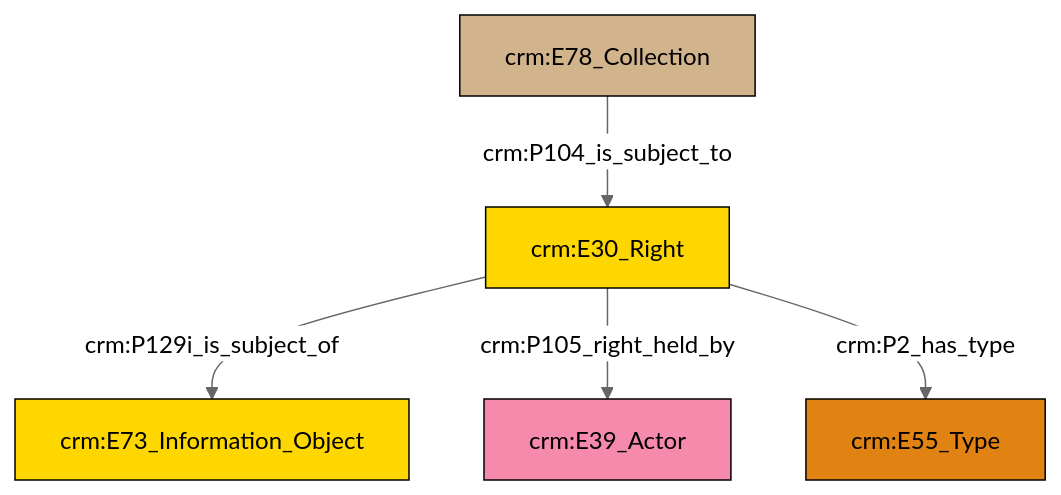
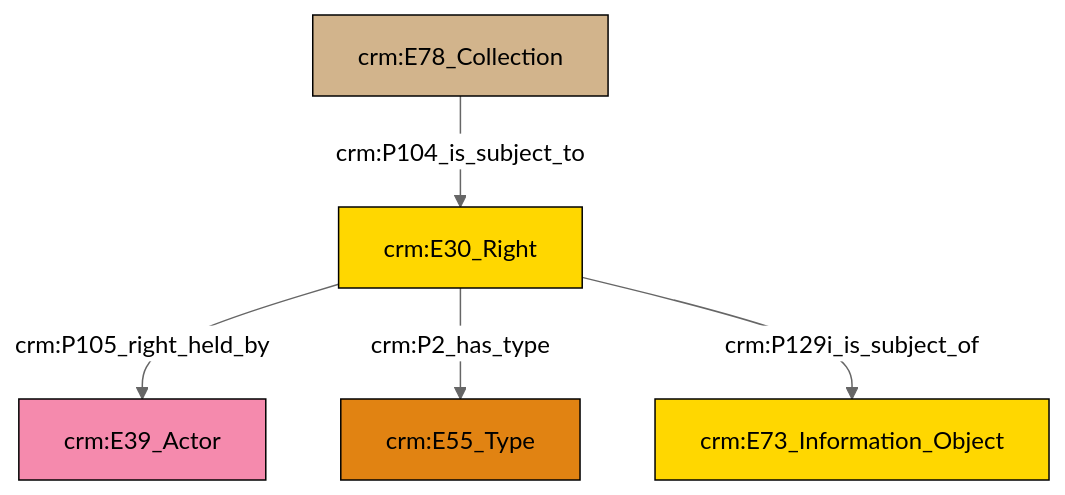
The diagram in et/archivalCSV/ttl/mmd/archival_rights.ttl.mmd (swiss-art-research-net/docs.swissartresearch), drawn with Mermaid (neutral theme) before and after one commit. The commit also changed 181 other files, not shown here.

```diff
--- a/et/archivalCSV/ttl/mmd/archival_rights.ttl.mmd
+++ b/et/archivalCSV/ttl/mmd/archival_rights.ttl.mmd
@@ -1,19 +1,19 @@
 graph TD
 classDef Literal fill:#f2f2f2,stroke:#000000;
 classDef CRM_Entity fill:#FFFFFF,stroke:#000000;
 classDef Temporal_Entity fill:#00C9E6, stroke:#000000;
 classDef Type fill:#E18312, stroke:#000000;
 classDef Time-Span fill:#2C9C91, stroke:#000000;
 classDef Appellation fill:#FFEB7F, stroke:#000000;
 classDef Place fill:#008836, stroke:#000000;
 classDef Persistent_Item fill:#B266B2, stroke:#000000;
 classDef Conceptual_Object fill:#FFD700, stroke:#000000;
 classDef Physical_Thing fill:#D2B48C, stroke:#000000;
 classDef Actor fill:#f58aad, stroke:#000000;
 classDef PC_Classes fill:#4ce600, stroke:#000000;
 classDef Multi fill:#cccccc,stroke:#000000;
 
-0["crm:E30_Right"]:::Conceptual_Object -->|crm:P129i_is_subject_of| 1["crm:E73_Information_Object"]:::Conceptual_Object
-2["crm:E78_Collection"]:::Physical_Thing -->|crm:P104_is_subject_to| 0["crm:E30_Right"]:::Conceptual_Object
-0["crm:E30_Right"]:::Conceptual_Object -->|crm:P105_right_held_by| 3["crm:E39_Actor"]:::Actor
-0["crm:E30_Right"]:::Conceptual_Object -->|crm:P2_has_type| 6["crm:E55_Type"]:::Type
+0["crm:E30_Right"]:::Conceptual_Object -->|crm:P105_right_held_by| 1["crm:E39_Actor"]:::Actor
+0["crm:E30_Right"]:::Conceptual_Object -->|crm:P2_has_type| 2["crm:E55_Type"]:::Type
+3["crm:E78_Collection"]:::Physical_Thing -->|crm:P104_is_subject_to| 0["crm:E30_Right"]:::Conceptual_Object
+0["crm:E30_Right"]:::Conceptual_Object -->|crm:P129i_is_subject_of| 8["crm:E73_Information_Object"]:::Conceptual_Object
```
